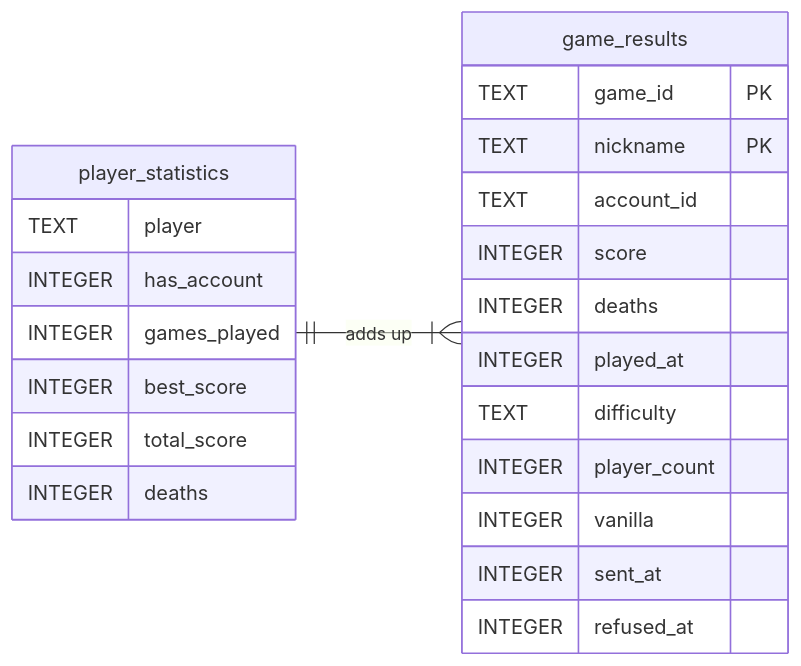
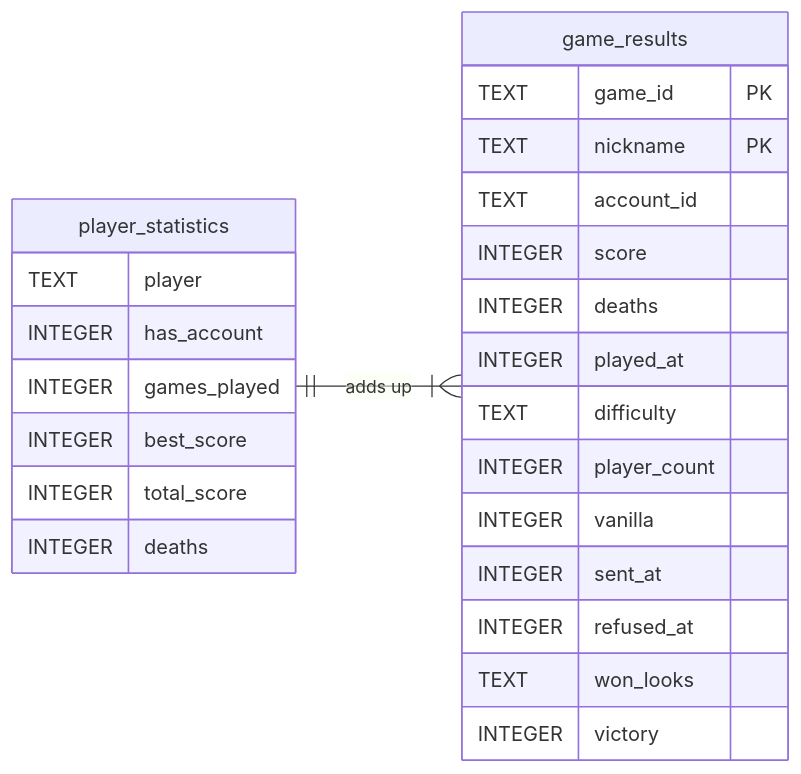
Before and after one commit to nique-epi/R-Type: the third of 3 diagrams in docs/src/content/docs/server.md, drawn with Mermaid. The commit also changed other lines of this file and 23 other files, not shown here.

First line of the commit message:
feat: keep the account, the won looks and the outcome of each game result

````diff
--- a/docs/src/content/docs/server.md
+++ b/docs/src/content/docs/server.md
@@ -1348,28 +1348,30 @@
 ```mermaid
 erDiagram
   accTitle: The SQLite file of a server
   accDescr: The table game_results holds one row per player of each finished game, keyed by game_id and nickname. The view player_statistics adds up the rows of each player and holds no data of its own.
   direction LR
   game_results {
     TEXT game_id PK
     TEXT nickname PK
     TEXT account_id
     INTEGER score
     INTEGER deaths
     INTEGER played_at
     TEXT difficulty
     INTEGER player_count
     INTEGER vanilla
     INTEGER sent_at
     INTEGER refused_at
+    TEXT won_looks
+    INTEGER victory
   }
   player_statistics {
     TEXT player
     INTEGER has_account
     INTEGER games_played
     INTEGER best_score
     INTEGER total_score
     INTEGER deaths
   }
   player_statistics ||--|{ game_results : "adds up"
 ```
````
